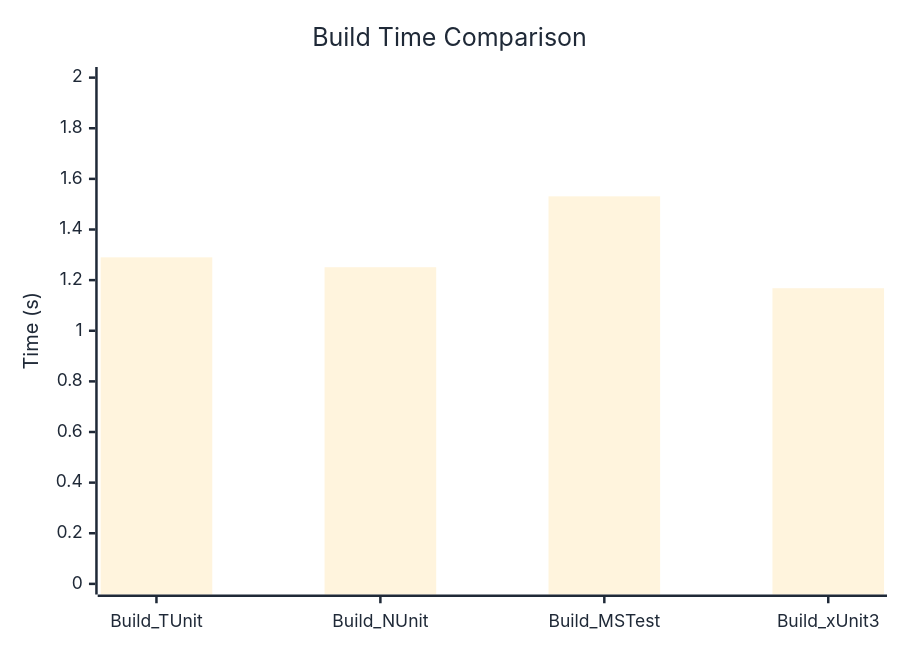
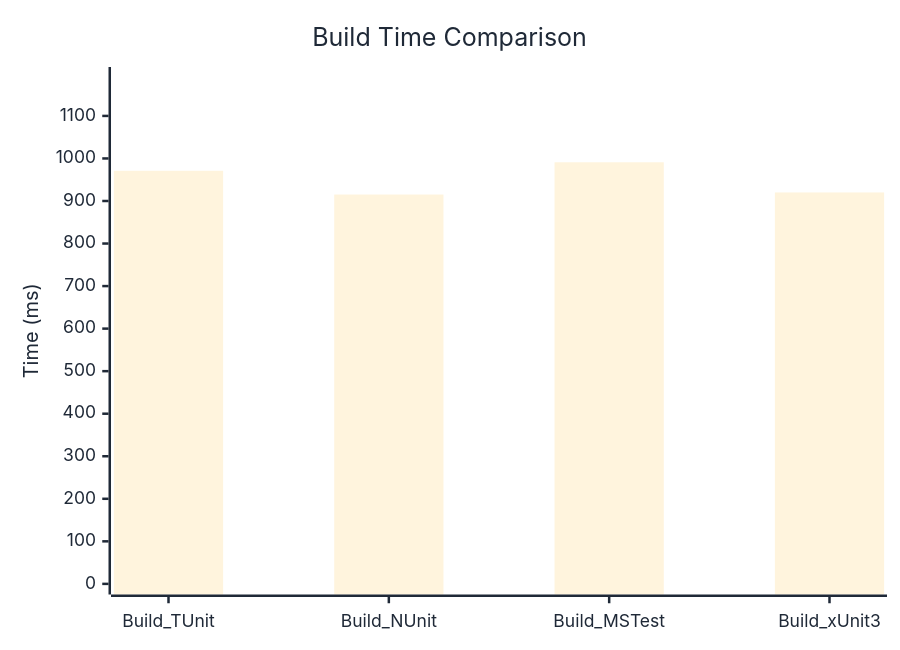
One commit to thomhurst/TUnit changed the diagram in docs/docs/benchmarks/engine/BuildTime.md. Above: the diagram before and after it, drawn with Mermaid. The commit also changed other lines of this file and 18 other files, not shown here.

````diff
--- a/docs/docs/benchmarks/engine/BuildTime.md
+++ b/docs/docs/benchmarks/engine/BuildTime.md
@@ -30,37 +30,37 @@
 ```mermaid
 %%{init: {
   'theme':'base',
   'themeVariables': {
     'primaryColor': '#2563eb',
     'primaryTextColor': '#1f2937',
     'primaryBorderColor': '#1e40af',
     'lineColor': '#6b7280',
     'secondaryColor': '#7c3aed',
     'tertiaryColor': '#dc2626',
     'background': '#ffffff',
     'mainBkg': '#2563eb',
     'secondBkg': '#7c3aed',
     'tertiaryBkg': '#dc2626',
     'clusterBkg': '#f3f4f6',
     'edgeLabelBackground': '#ffffff',
     'tertiaryTextColor': '#1f2937',
     'pie1': '#2563eb',
     'pie2': '#7c3aed',
     'pie3': '#dc2626',
     'pie4': '#f59e0b',
     'pie5': '#10b981',
     'pie6': '#06b6d4',
     'pie7': '#ec4899',
     'pie8': '#6366f1',
     'pie9': '#84cc16',
     'pie10': '#f97316',
     'pie11': '#14b8a6',
     'pie12': '#a855f7'
   }
 }}%%
 xychart-beta
   title "Build Time Comparison"
   x-axis ["Build_TUnit", "Build_NUnit", "Build_MSTest", "Build_xUnit3"]
-  y-axis "Time (s)" 0 --> 2
-  bar [1.29, 1.251, 1.531, 1.168]
+  y-axis "Time (ms)" 0 --> 1190
+  bar [971, 915.2, 991, 920.1]
 ```
````
